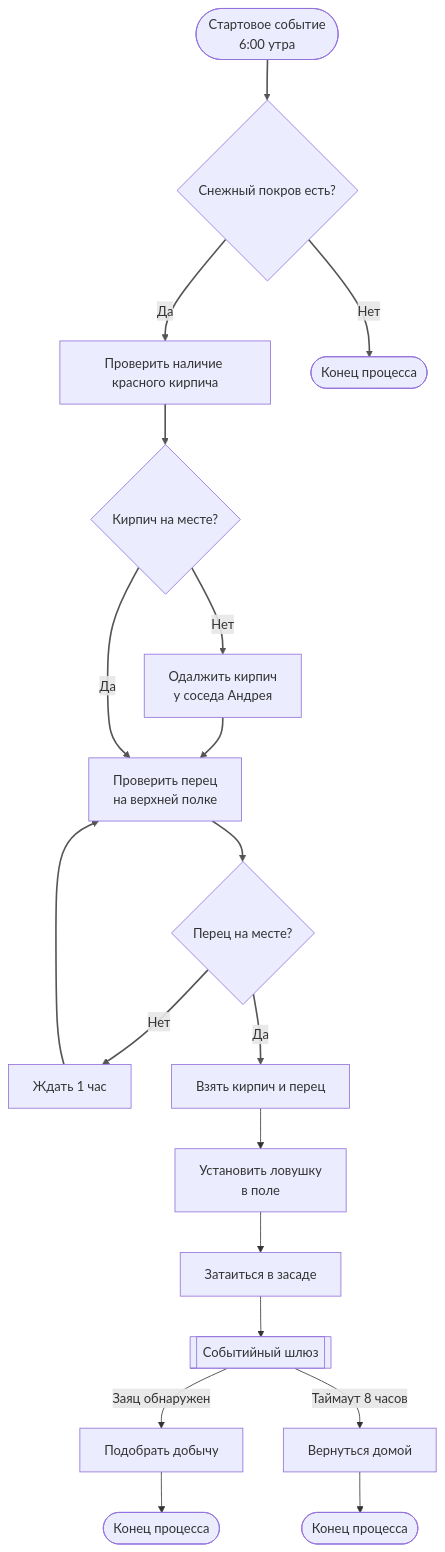
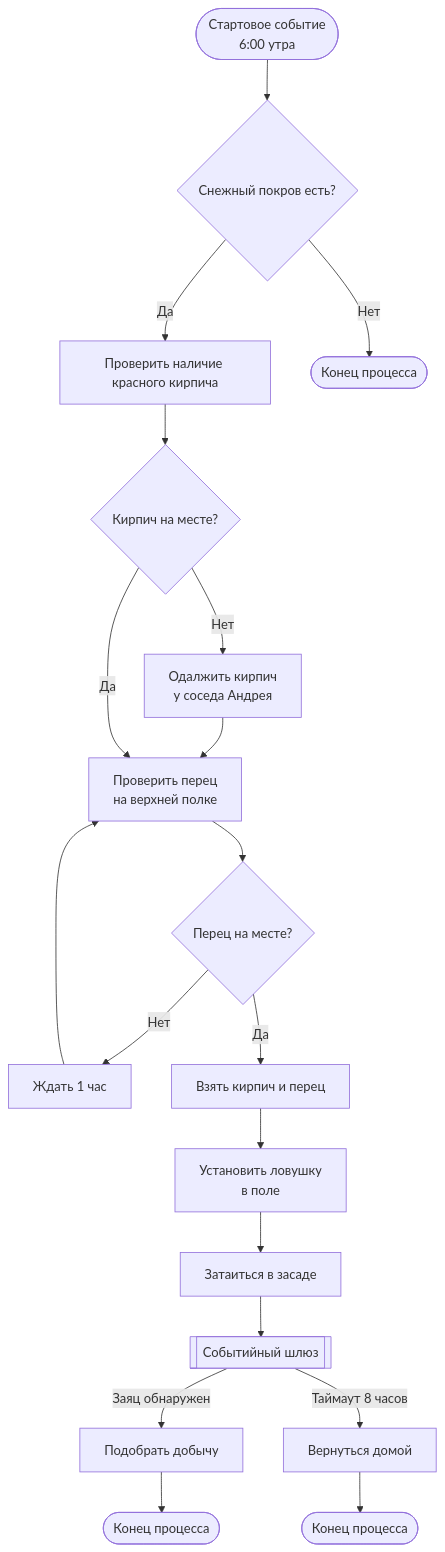
The diagram in primer_mermaid-js.md (Cordekk/documentation-jdx), drawn with Mermaid before and after one commit.

````diff
--- a/primer_mermaid-js.md
+++ b/primer_mermaid-js.md
@@ -1,34 +1,21 @@
 ```mermaid
 flowchart TB
     start([Стартовое событие\n6:00 утра]) --> checkSnow{Снежный покров есть?}
     checkSnow -->|Да| checkBrick[Проверить наличие красного кирпича]
     checkSnow -->|Нет| end1([Конец процесса])
     
     checkBrick --> brickDecision{Кирпич на месте?}
     brickDecision -->|Нет| borrowBrick[Одалжить кирпич\nу соседа Андрея]
     borrowBrick --> checkPepper
     brickDecision -->|Да| checkPepper[Проверить перец\nна верхней полке]
     
     checkPepper --> pepperDecision{Перец на месте?}
     pepperDecision -->|Нет| waitHour[Ждать 1 час] --> checkPepper
     pepperDecision -->|Да| prepareTrap[Взять кирпич и перец]
     
     prepareTrap --> setTrap[Установить ловушку\nв поле] --> hide[Затаиться в засаде]
     
     hide --> eventGateway[[Событийный шлюз]]
     eventGateway -->|Заяц обнаружен| catchHare[Подобрать добычу] --> end2([Конец процесса])
     eventGateway -->|Таймаут 8 часов| returnEmpty[Вернуться домой] --> end3([Конец процесса])
-    
-    %% Координатные привязки
-    linkStyle 0 stroke:#555,stroke-width:2px
-    linkStyle 1 stroke:#555,stroke-width:2px
-    linkStyle 2 stroke:#555,stroke-width:2px
-    linkStyle 3 stroke:#555,stroke-width:2px
-    linkStyle 4 stroke:#555,stroke-width:2px
-    linkStyle 5 stroke:#555,stroke-width:2px
-    linkStyle 6 stroke:#555,stroke-width:2px
-    linkStyle 7 stroke:#555,stroke-width:2px
-    linkStyle 8 stroke:#555,stroke-width:2px
-    linkStyle 9 stroke:#555,stroke-width:2px
-    linkStyle 10 stroke:#555,stroke-width:2px
 ```
````
